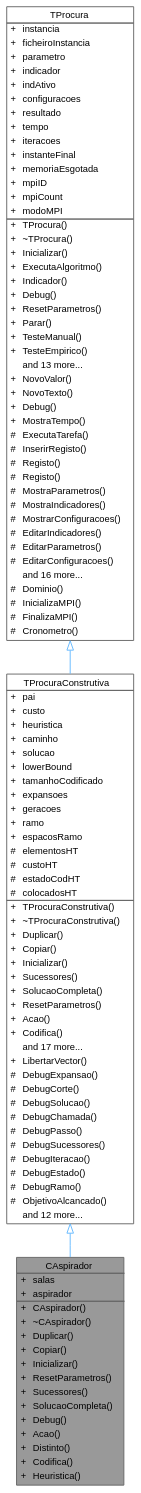
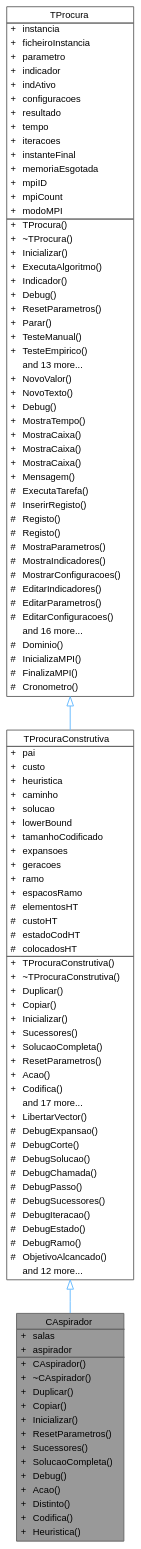
Before and after one commit to jcoelho72/TProcura: the diagram in classCAspirador__inherit__graph.dot, drawn with Graphviz. The commit also changed 216 other files, not shown here.

```diff
--- a/classCAspirador__inherit__graph.dot
+++ b/classCAspirador__inherit__graph.dot
@@ -101,6 +101,10 @@
 <TR><TD VALIGN="top" CELLPADDING="1" CELLSPACING="0">+</TD><TD VALIGN="top" ALIGN="LEFT" CELLPADDING="1" CELLSPACING="0">NovoTexto()<BR ALIGN="LEFT"/></TD></TR>
 <TR><TD VALIGN="top" CELLPADDING="1" CELLSPACING="0">+</TD><TD VALIGN="top" ALIGN="LEFT" CELLPADDING="1" CELLSPACING="0">Debug()<BR ALIGN="LEFT"/></TD></TR>
 <TR><TD VALIGN="top" CELLPADDING="1" CELLSPACING="0">+</TD><TD VALIGN="top" ALIGN="LEFT" CELLPADDING="1" CELLSPACING="0">MostraTempo()<BR ALIGN="LEFT"/></TD></TR>
+<TR><TD VALIGN="top" CELLPADDING="1" CELLSPACING="0">+</TD><TD VALIGN="top" ALIGN="LEFT" CELLPADDING="1" CELLSPACING="0">MostraCaixa()<BR ALIGN="LEFT"/></TD></TR>
+<TR><TD VALIGN="top" CELLPADDING="1" CELLSPACING="0">+</TD><TD VALIGN="top" ALIGN="LEFT" CELLPADDING="1" CELLSPACING="0">MostraCaixa()<BR ALIGN="LEFT"/></TD></TR>
+<TR><TD VALIGN="top" CELLPADDING="1" CELLSPACING="0">+</TD><TD VALIGN="top" ALIGN="LEFT" CELLPADDING="1" CELLSPACING="0">MostraCaixa()<BR ALIGN="LEFT"/></TD></TR>
+<TR><TD VALIGN="top" CELLPADDING="1" CELLSPACING="0">+</TD><TD VALIGN="top" ALIGN="LEFT" CELLPADDING="1" CELLSPACING="0">Mensagem()<BR ALIGN="LEFT"/></TD></TR>
 <TR><TD VALIGN="top" CELLPADDING="1" CELLSPACING="0">#</TD><TD VALIGN="top" ALIGN="LEFT" CELLPADDING="1" CELLSPACING="0">ExecutaTarefa()<BR ALIGN="LEFT"/></TD></TR>
 <TR><TD VALIGN="top" CELLPADDING="1" CELLSPACING="0">#</TD><TD VALIGN="top" ALIGN="LEFT" CELLPADDING="1" CELLSPACING="0">InserirRegisto()<BR ALIGN="LEFT"/></TD></TR>
 <TR><TD VALIGN="top" CELLPADDING="1" CELLSPACING="0">#</TD><TD VALIGN="top" ALIGN="LEFT" CELLPADDING="1" CELLSPACING="0">Registo()<BR ALIGN="LEFT"/></TD></TR>
```
